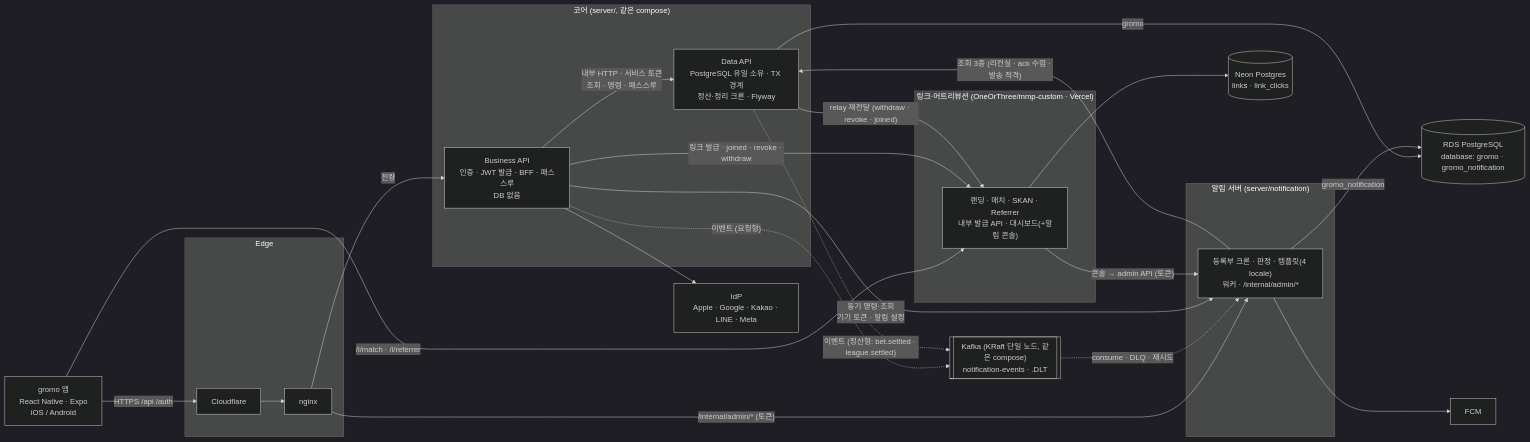
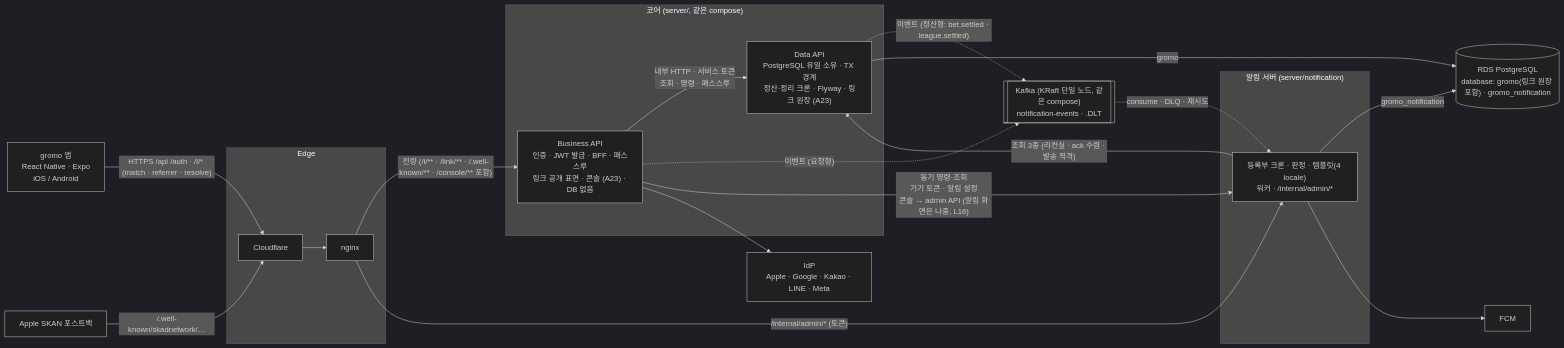
The first of 2 diagrams in docs/architecture/service-architecture.md (OneOrThree/phone), drawn with Mermaid (dark theme) before and after one commit. The commit also changed other lines of this file and 14 other files, not shown here.

````diff
--- a/docs/architecture/service-architecture.md
+++ b/docs/architecture/service-architecture.md
@@ -14,41 +14,35 @@
 ```mermaid
 flowchart LR
   APP["gromo 앱<br/>React Native · Expo<br/>iOS / Android"]
   subgraph Edge["Edge"]
     CF["Cloudflare"] --> NX["nginx"]
   end
   subgraph Core["코어 (server/, 같은 compose)"]
-    BIZ["Business API<br/>인증 · JWT 발급 · BFF · 패스스루<br/>DB 없음"]
-    DATA["Data API<br/>PostgreSQL 유일 소유 · TX 경계<br/>정산·정리 크론 · Flyway"]
+    BIZ["Business API<br/>인증 · JWT 발급 · BFF · 패스스루<br/>링크 공개 표면 · 콘솔 (A23) · DB 없음"]
+    DATA["Data API<br/>PostgreSQL 유일 소유 · TX 경계<br/>정산·정리 크론 · Flyway · 링크 원장 (A23)"]
   end
   subgraph Noti["알림 서버 (server/notification)"]
     NS["등록부 크론 · 판정 · 템플릿(4 locale)<br/>워커 · /internal/admin/*"]
   end
-  subgraph Link["링크·어트리뷰션 (OneOrThree/mmp-custom · Vercel)"]
-    LK["랜딩 · 매치 · SKAN · Referrer<br/>내부 발급 API · 대시보드(+알림 콘솔)"]
-  end
-  PG[("RDS PostgreSQL<br/>database: gromo · gromo_notification")]
-  NEON[("Neon Postgres<br/>links · link_clicks")]
+  %% A23(2026-09-13): 링크 서버(OneOrThree/mmp-custom · Vercel)·Neon 노드 제거 — 링크는 Business(공개 표면·콘솔)·Data(원장) 안
+  APPLE["Apple SKAN 포스트백"]
+  PG[("RDS PostgreSQL<br/>database: gromo(링크 원장 포함) · gromo_notification")]
   FCM["FCM"]
   IDP["IdP<br/>Apple · Google · Kakao · LINE · Meta"]
 
-  APP -->|"HTTPS /api /auth"| CF
-  NX -->|"전량"| BIZ
+  APP -->|"HTTPS /api /auth · /l/* (match · referrer · resolve)"| CF
+  APPLE -->|"/.well-known/skadnetwork/…"| CF
+  NX -->|"전량 (/l/** · /link/** · /.well-known/** · /console/** 포함)"| BIZ
   NX -->|"/internal/admin/* (토큰)"| NS
-  APP -->|"/l/match · /l/referrer"| LK
   BIZ -->|"내부 HTTP · 서비스 토큰<br/>조회 · 명령 · 패스스루"| DATA
   KAFKA[["Kafka (KRaft 단일 노드, 같은 compose)<br/>notification-events · .DLT"]]
   BIZ -.->|"이벤트 (요청형)"| KAFKA
   DATA -.->|"이벤트 (정산형: bet.settled · league.settled)"| KAFKA
   KAFKA -.->|"consume · DLQ · 재시도"| NS
-  BIZ -->|"동기 명령·조회<br/>기기 토큰 · 알림 설정"| NS
+  BIZ -->|"동기 명령·조회<br/>기기 토큰 · 알림 설정<br/>콘솔 → admin API (알림 화면은 나중, L16)"| NS
   NS -->|"조회 3종 (리컨실 · ack 수렴 · 발송 적격)"| DATA
-  BIZ -->|"링크 발급 · joined · revoke · withdraw"| LK
-  DATA -->|"relay 재전달 (withdraw · revoke · joined)"| LK
   DATA -->|"gromo"| PG
   NS -->|"gromo_notification"| PG
-  LK --> NEON
   NS --> FCM
   BIZ --> IDP
-  LK -->|"콘솔 → admin API (토큰)"| NS
 ```
````
